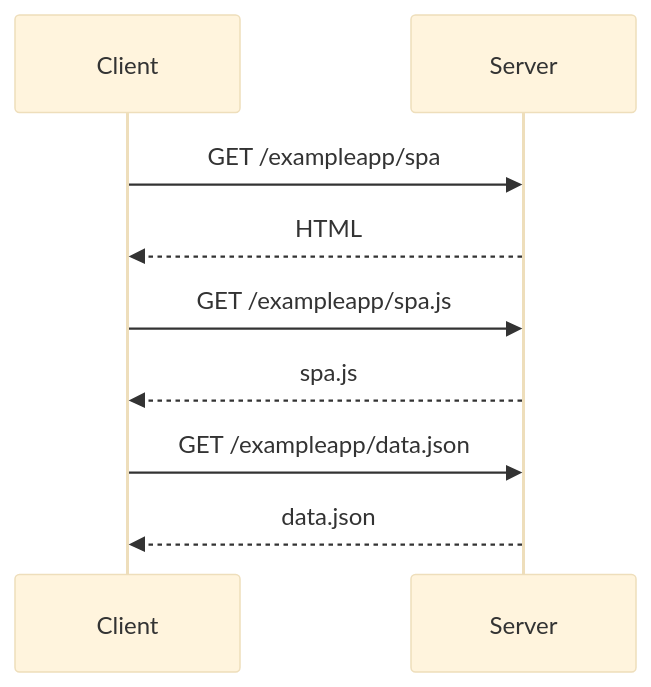
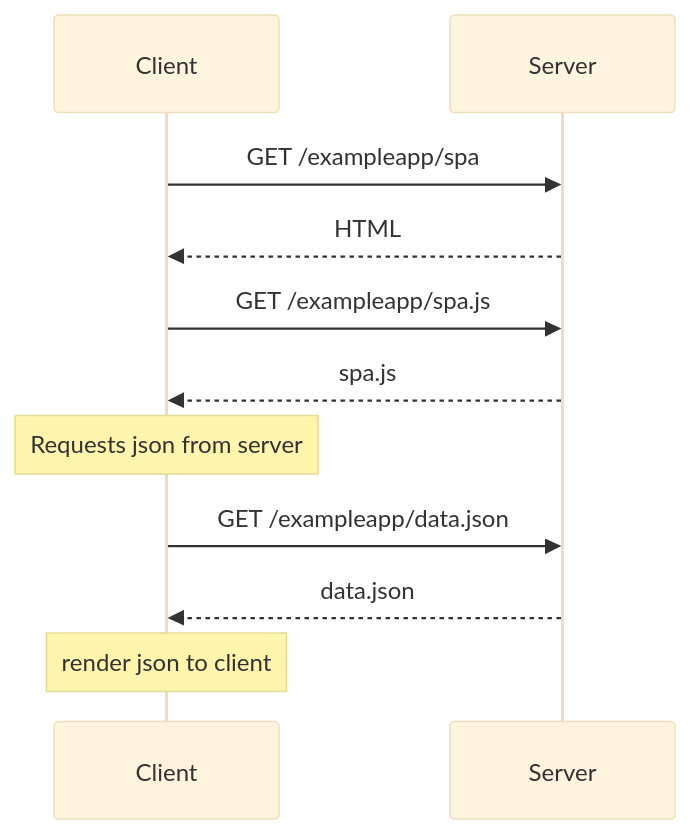
One commit to migui3230/fullStackOpenSubmissions changed the diagram in part0/0.5_spa.md. Above: the diagram before and after it, drawn with Mermaid (base theme).

Commit message:
update exercise 0.5

````diff
--- a/part0/0.5_spa.md
+++ b/part0/0.5_spa.md
@@ -1,10 +1,12 @@
 ```mermaid
     sequenceDiagram
     Client ->>Server: GET /exampleapp/spa
     Server -->>Client: HTML
     Client ->>Server: GET /exampleapp/spa.js
     Server -->>Client: spa.js
+    Note over Client: Requests json from server
     Client ->>Server: GET /exampleapp/data.json
     Server -->>Client: data.json
+    Note over Client: render json to client
 
 ```
````
